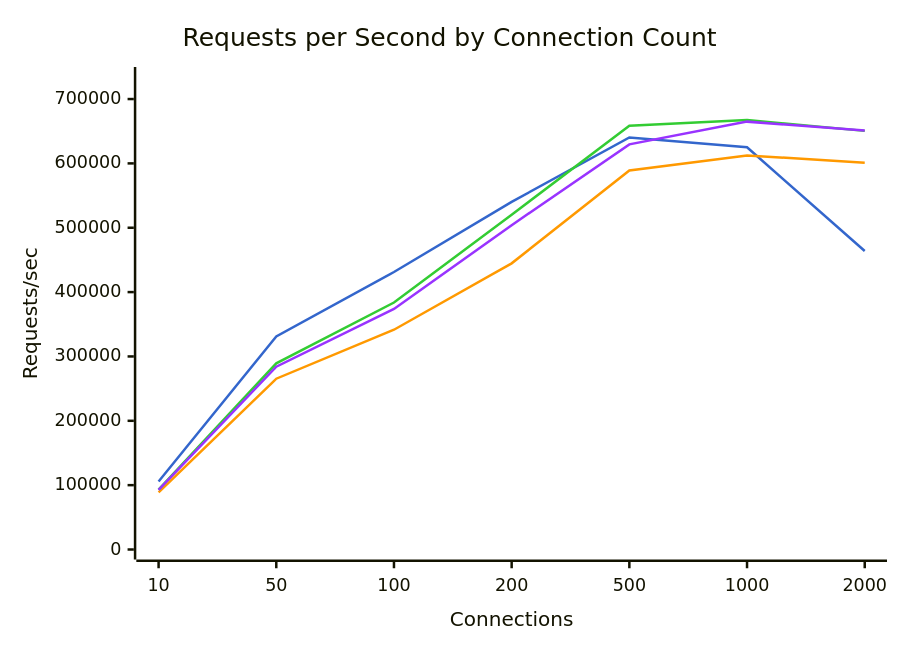
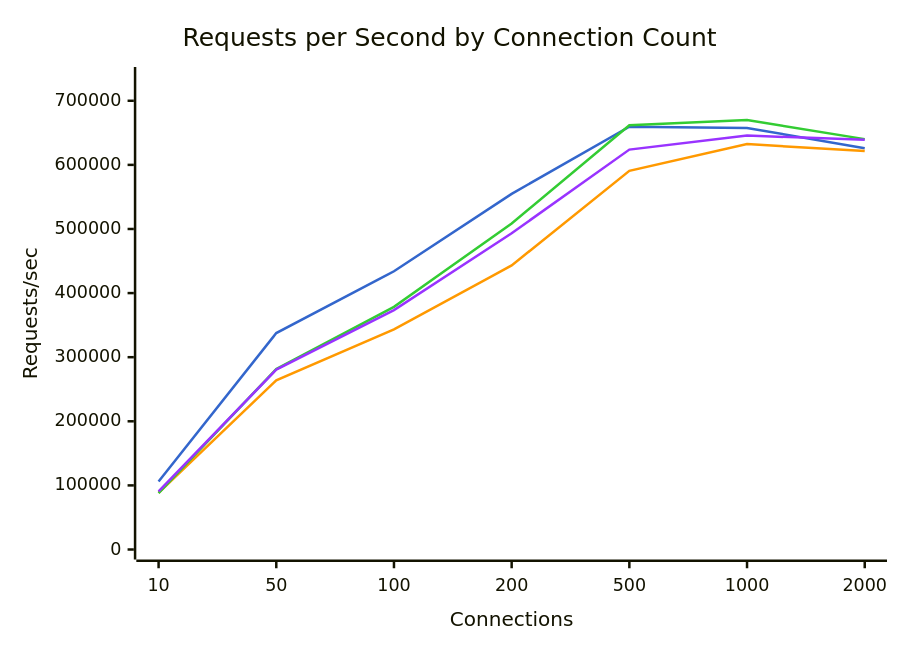
One commit to youyuanwu/bypass-misc changed the first of 6 diagrams in docs/Bench/Azure/Standard_D8s_v5.md. Above: the diagram before and after it, drawn with Mermaid. The commit also changed other lines of this file and 5 other files, not shown here.

````diff
--- a/docs/Bench/Azure/Standard_D8s_v5.md
+++ b/docs/Bench/Azure/Standard_D8s_v5.md
@@ -40,16 +40,16 @@
 ```mermaid
 ---
 config:
     themeVariables:
         xyChart:
             plotColorPalette: "#3366cc, #ff9900, #33cc33, #9933ff"
 ---
 xychart-beta
     title "Requests per Second by Connection Count"
     x-axis "Connections" [10, 50, 100, 200, 500, 1000, 2000]
-    y-axis "Requests/sec" 0 --> 734251
-    line "dpdk" [105691, 331040, 431218, 540209, 640374, 624959, 463950]
-    line "tokio" [88744, 265395, 341516, 444693, 588941, 612376, 601134]
-    line "tokio-local" [92992, 289219, 383830, 520222, 658556, 667501, 650539]
-    line "kimojio" [92560, 284065, 373738, 504025, 629568, 664896, 650939]
+    y-axis "Requests/sec" 0 --> 737084
+    line "dpdk" [105979, 337700, 434035, 554792, 659440, 657547, 626036]
+    line "tokio" [88415, 263920, 343441, 443090, 590742, 632395, 621795]
+    line "tokio-local" [87955, 281419, 378557, 508662, 661939, 670076, 640161]
+    line "kimojio" [90536, 280624, 373394, 493324, 623859, 645698, 639260]
 ```
````
